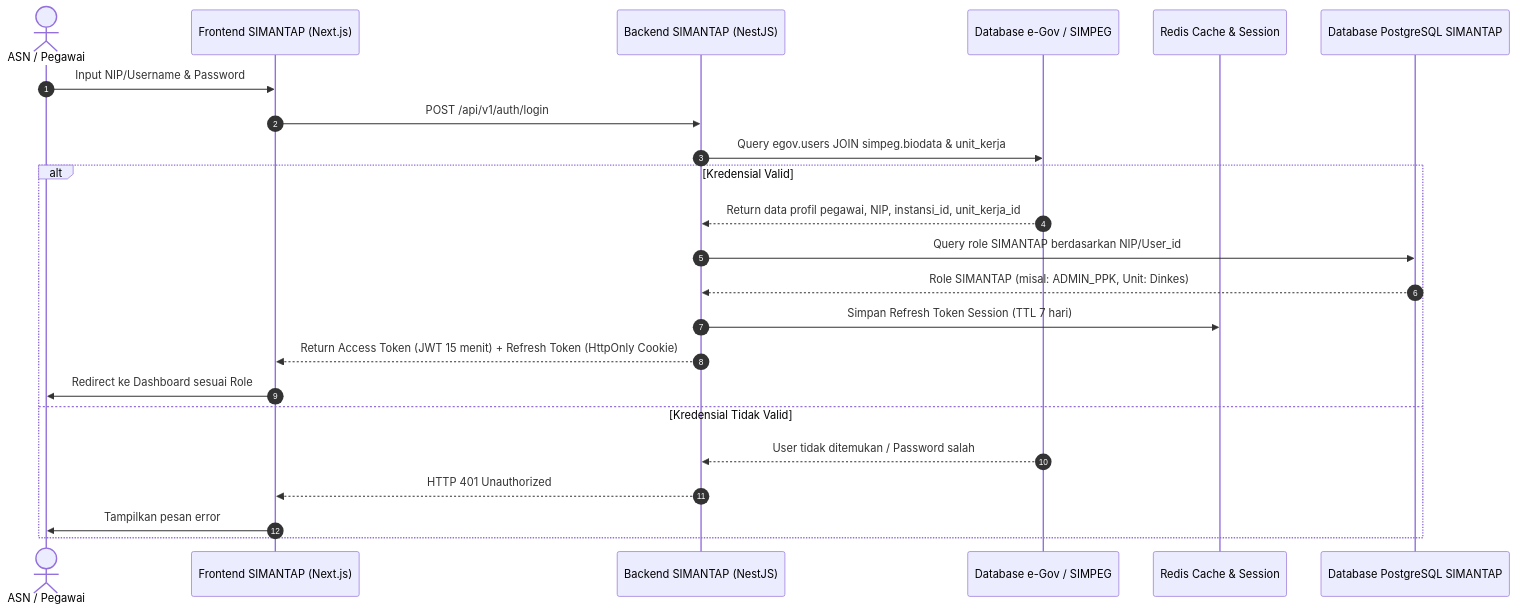
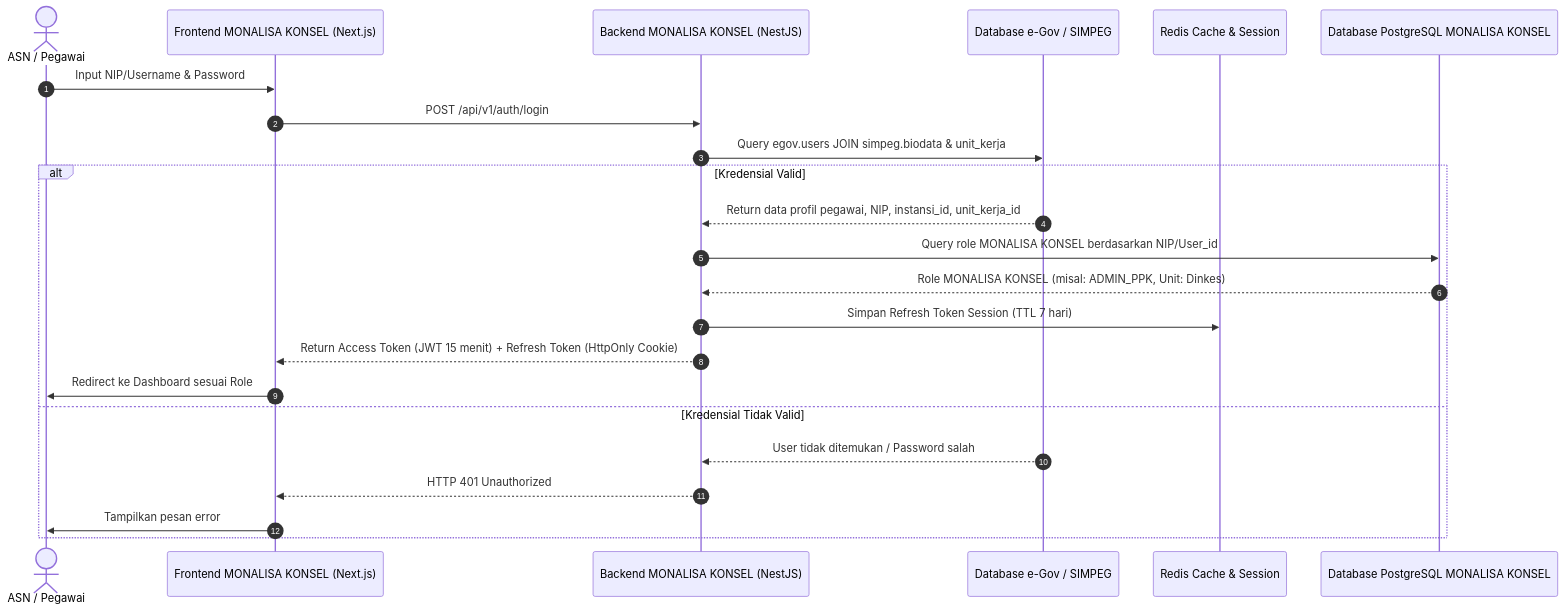
The first of 2 diagrams in prd.md (chelseafc2022/simantap), drawn with Mermaid before and after one commit. The commit also changed other lines of this file and 48 other files, not shown here.

````diff
--- a/prd.md
+++ b/prd.md
@@ -128,26 +128,26 @@
 ```mermaid
 sequenceDiagram
     autonumber
     actor User as ASN / Pegawai
-    participant FE as Frontend SIMANTAP (Next.js)
-    participant BE as Backend SIMANTAP (NestJS)
+    participant FE as Frontend MONALISA KONSEL (Next.js)
+    participant BE as Backend MONALISA KONSEL (NestJS)
     participant eGov as Database e-Gov / SIMPEG
     participant Redis as Redis Cache & Session
-    participant DB as Database PostgreSQL SIMANTAP
+    participant DB as Database PostgreSQL MONALISA KONSEL
 
     User->>FE: Input NIP/Username & Password
     FE->>BE: POST /api/v1/auth/login
     BE->>eGov: Query egov.users JOIN simpeg.biodata & unit_kerja
     alt Kredensial Valid
         eGov-->>BE: Return data profil pegawai, NIP, instansi_id, unit_kerja_id
-        BE->>DB: Query role SIMANTAP berdasarkan NIP/User_id
-        DB-->>BE: Role SIMANTAP (misal: ADMIN_PPK, Unit: Dinkes)
+        BE->>DB: Query role MONALISA KONSEL berdasarkan NIP/User_id
+        DB-->>BE: Role MONALISA KONSEL (misal: ADMIN_PPK, Unit: Dinkes)
         BE->>Redis: Simpan Refresh Token Session (TTL 7 hari)
         BE-->>FE: Return Access Token (JWT 15 menit) + Refresh Token (HttpOnly Cookie)
         FE->>User: Redirect ke Dashboard sesuai Role
     else Kredensial Tidak Valid
         eGov-->>BE: User tidak ditemukan / Password salah
         BE-->>FE: HTTP 401 Unauthorized
         FE->>User: Tampilkan pesan error
     end
 ```
````
